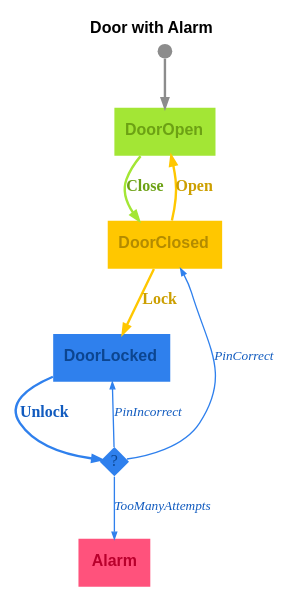
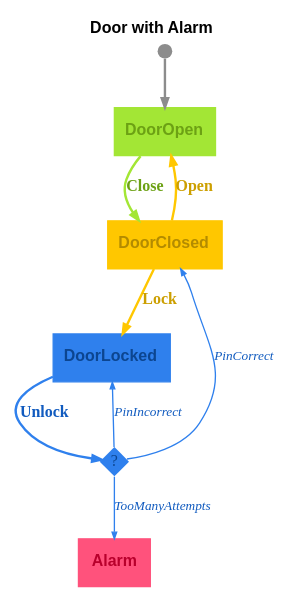
The diagram in graphs/door-with-alarm.dot (m-bock/purescript-transit), drawn with Graphviz before and after one commit. The commit also changed 25 other files, not shown here.

Commit message:
Refactor graph definitions to enhance visual consistency by updating color attributes for nodes and edges across various dot and svg files. Adjust pen widths and color settings in the Door, Color Ring, and House of Santa Claus examples for improved clarity and aesthetics.

```diff
--- a/graphs/door-with-alarm.dot
+++ b/graphs/door-with-alarm.dot
@@ -1,18 +1,18 @@
 digraph 
 {
-rankdir = "TD";fontname = "Arial";label = <<b>Door with Alarm</b>>;labelloc = "t";fontsize = 12;bgcolor = "#ffffff"
-DoorOpen [shape = "box", label = <<b>DoorOpen</b>>, fontsize = 12, style = "filled", fillcolor = "#a3e635", fontcolor = "#6ca114", fontname = "Arial", labelloc = "c", penwidth = 0.0]
+rankdir = "TD";fontname = "Arial";label = <<b>Door with Alarm</b>>;labelloc = "t";fontsize = 12;bgcolor = "#ffffff";fontcolor = "#000000"
+DoorOpen [shape = "box", label = <<b>DoorOpen</b>>, fontsize = 12, style = "filled", fillcolor = "#a3e635", fontcolor = "#6ca114", color = "#a3e635", fontname = "Arial", labelloc = "c", penwidth = 1.0]
 __Start__ [shape = "circle", label = "", width = 0.15, height = 0.15, fixedsize = true, style = "filled", fillcolor = "#8c8c8c", penwidth = 0.0]
 __Start__ -> DoorOpen [color = "#8c8c8c", fontsize = 12, arrowsize = "0.7", penwidth = 1.8]
 DoorOpen -> DoorClosed [color = "#a3e635", fontcolor = "#6ca114", fontsize = 12, arrowsize = "0.7", label = <<b>Close</b>>, penwidth = 1.8]
-DoorClosed [shape = "box", label = <<b>DoorClosed</b>>, fontsize = 12, style = "filled", fillcolor = "#ffc700", fontcolor = "#b38b00", fontname = "Arial", labelloc = "c", penwidth = 0.0]
+DoorClosed [shape = "box", label = <<b>DoorClosed</b>>, fontsize = 12, style = "filled", fillcolor = "#ffc700", fontcolor = "#b38b00", color = "#ffc700", fontname = "Arial", labelloc = "c", penwidth = 1.0]
 DoorClosed -> DoorOpen [color = "#ffc700", fontcolor = "#cc9f00", fontsize = 12, arrowsize = "0.7", label = <<b>Open</b>>, penwidth = 1.8]
 DoorClosed -> DoorLocked [color = "#ffc700", fontcolor = "#cc9f00", fontsize = 12, arrowsize = "0.7", label = <<b>Lock</b>>, penwidth = 1.8]
-DoorLocked [shape = "box", label = <<b>DoorLocked</b>>, fontsize = 12, style = "filled", fillcolor = "#2f80ed", fontcolor = "#0c4590", fontname = "Arial", labelloc = "c", penwidth = 0.0]
+DoorLocked [shape = "box", label = <<b>DoorLocked</b>>, fontsize = 12, style = "filled", fillcolor = "#2f80ed", fontcolor = "#0c4590", color = "#2f80ed", fontname = "Arial", labelloc = "c", penwidth = 1.0]
 decision_DoorLocked_Unlock [shape = "diamond", label = "?", fontsize = 12, fontcolor = "#0c4590", style = "filled", fillcolor = "#2f80ed", penwidth = 0.0, fixedsize = true, width = 0.3, height = 0.3]
 DoorLocked -> decision_DoorLocked_Unlock [color = "#2f80ed", fontcolor = "#115bbf", fontsize = 12, arrowsize = "0.7", label = <<b>Unlock</b>>, penwidth = 1.8]
 decision_DoorLocked_Unlock -> Alarm [color = "#2f80ed", fontcolor = "#115bbf", fontsize = 10, arrowsize = "0.5", label = <<i>TooManyAttempts</i>>, penwidth = 1.8, penwidth = 1.0]
 decision_DoorLocked_Unlock -> DoorLocked [color = "#2f80ed", fontcolor = "#115bbf", fontsize = 10, arrowsize = "0.5", label = <<i>PinIncorrect</i>>, penwidth = 1.8, penwidth = 1.0]
 decision_DoorLocked_Unlock -> DoorClosed [color = "#2f80ed", fontcolor = "#115bbf", fontsize = 10, arrowsize = "0.5", label = <<i>PinCorrect</i>>, penwidth = 1.8, penwidth = 1.0]
-Alarm [shape = "box", label = <<b>Alarm</b>>, fontsize = 12, style = "filled", fillcolor = "#ff527c", fontcolor = "#b8002c", fontname = "Arial", labelloc = "c", penwidth = 0.0]
+Alarm [shape = "box", label = <<b>Alarm</b>>, fontsize = 12, style = "filled", fillcolor = "#ff527c", fontcolor = "#b8002c", color = "#ff527c", fontname = "Arial", labelloc = "c", penwidth = 1.0]
 }
```
